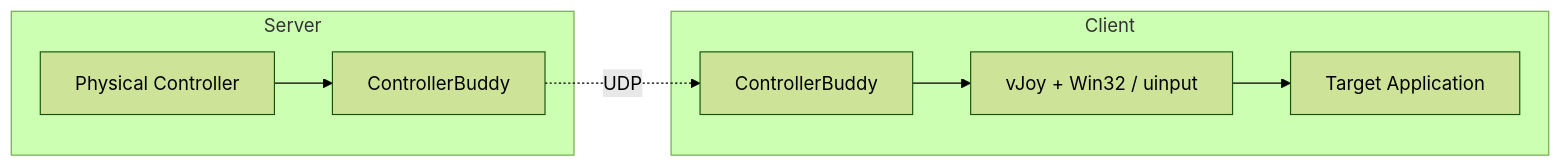
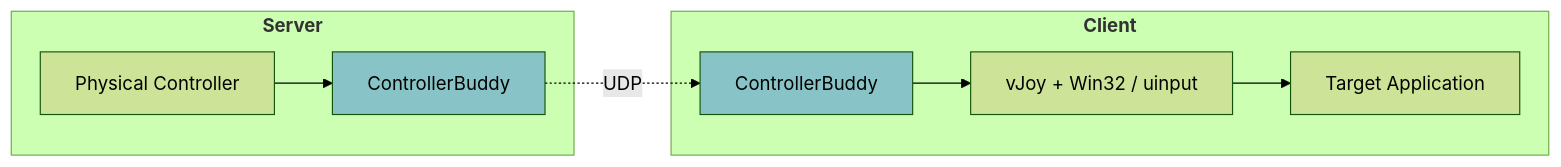
One commit to bwRavencl/ControllerBuddy changed the third of 3 diagrams in README.md. Above: the diagram before and after it, drawn with Mermaid (forest theme). The commit also changed other lines of this file, not shown here.

Commit message:
feat: add styling to architecture diagrams

````diff
--- a/README.md
+++ b/README.md
@@ -181,10 +185,14 @@
 ```mermaid
 flowchart LR
     subgraph Server[Server]
         PhysicalController[Physical Controller] --> ControllerBuddyServer[ControllerBuddy]
     end
     ControllerBuddyServer -. UDP .-> ControllerBuddyClient
     subgraph Client[Client]
         ControllerBuddyClient[ControllerBuddy] --> VJoy[vJoy + Win32 / uinput] --> TargetApplication[Target Application]
     end
+    classDef bold font-weight:bold
+    classDef highlight fill:#448ade80
+    class Server,Client bold
+    class ControllerBuddyServer,ControllerBuddyClient highlight
 ```
````
